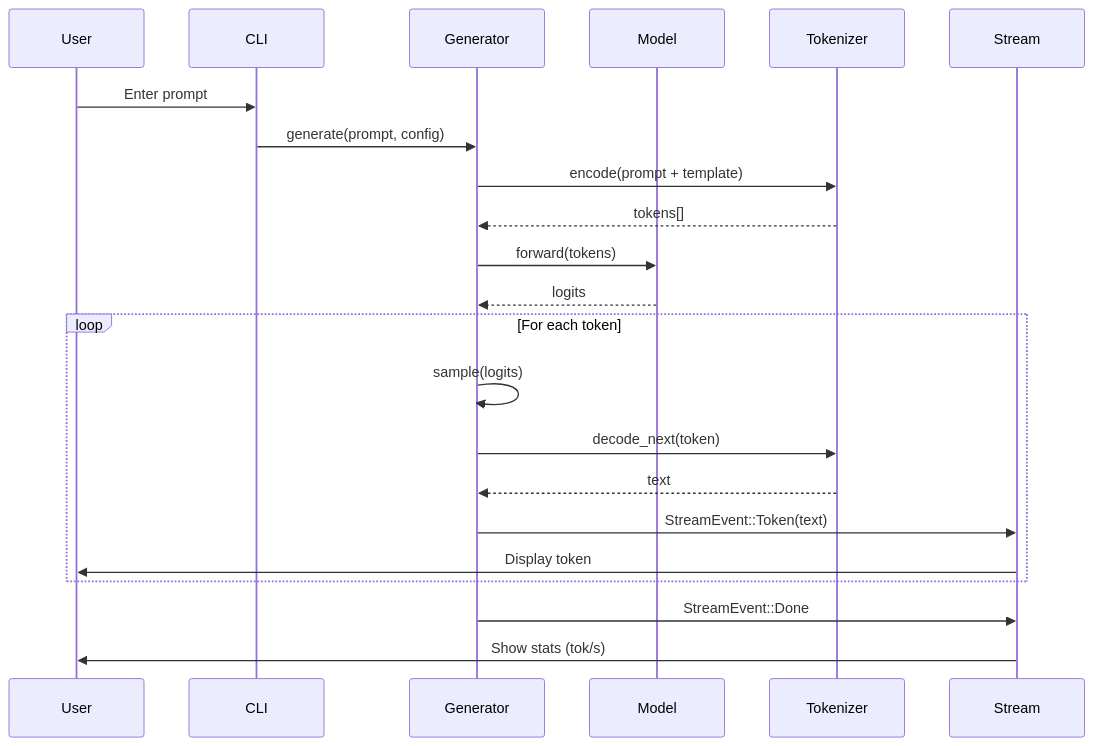
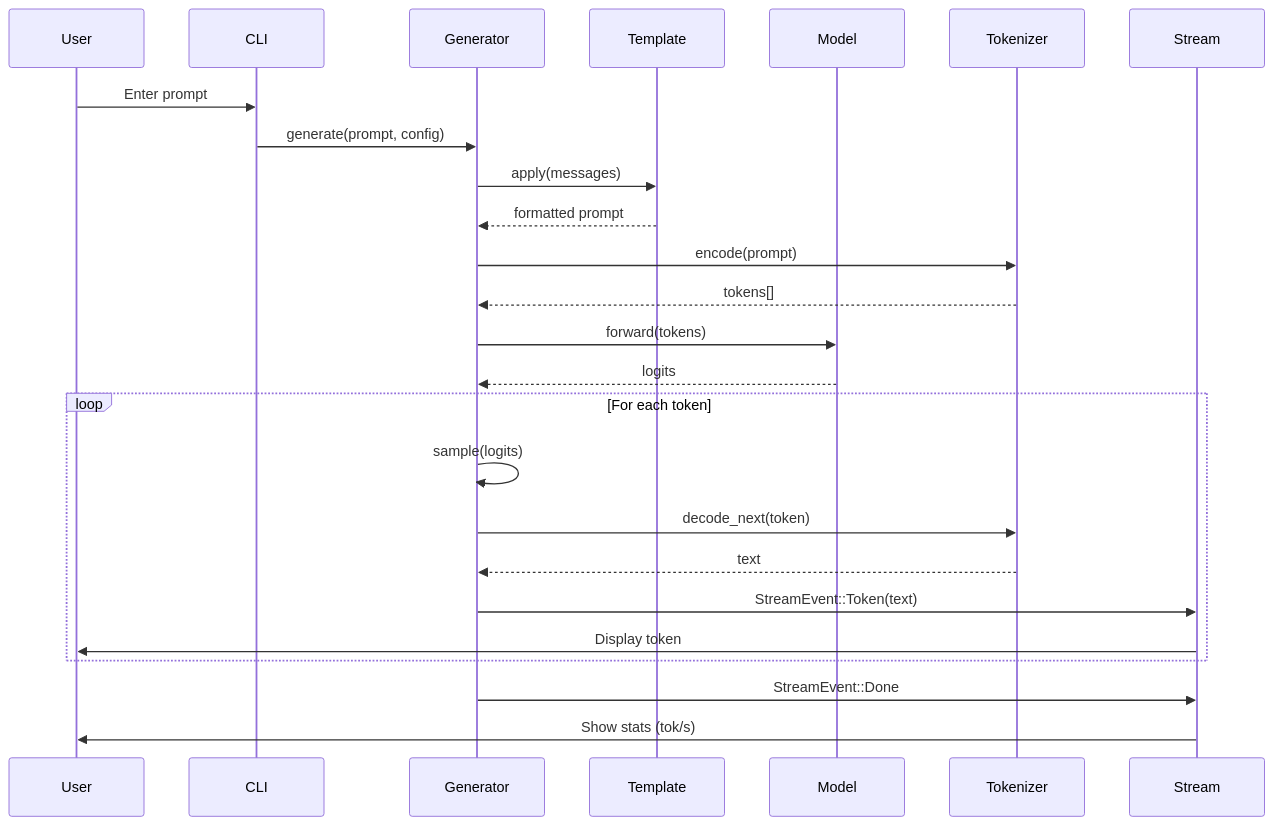
The third of 3 diagrams in README.md (theawakener0/oxide-rs), drawn with Mermaid before and after one commit. The commit also changed other lines of this file and 7 other files, not shown here.

````diff
--- a/README.md
+++ b/README.md
@@ -192,27 +227,30 @@
 ```mermaid
 sequenceDiagram
     participant User
     participant CLI
     participant Generator
+    participant Template
     participant Model
     participant Tokenizer
     participant Stream
 
     User->>CLI: Enter prompt
     CLI->>Generator: generate(prompt, config)
-    Generator->>Tokenizer: encode(prompt + template)
+    Generator->>Template: apply(messages)
+    Template-->>Generator: formatted prompt
+    Generator->>Tokenizer: encode(prompt)
     Tokenizer-->>Generator: tokens[]
     Generator->>Model: forward(tokens)
     Model-->>Generator: logits
     
     loop For each token
         Generator->>Generator: sample(logits)
         Generator->>Tokenizer: decode_next(token)
         Tokenizer-->>Generator: text
         Generator->>Stream: StreamEvent::Token(text)
         Stream->>User: Display token
     end
     
     Generator->>Stream: StreamEvent::Done
     Stream->>User: Show stats (tok/s)
 ```
````
